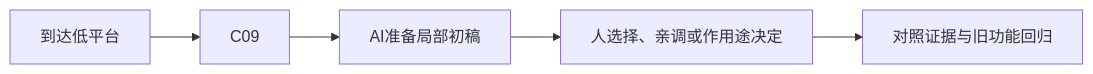
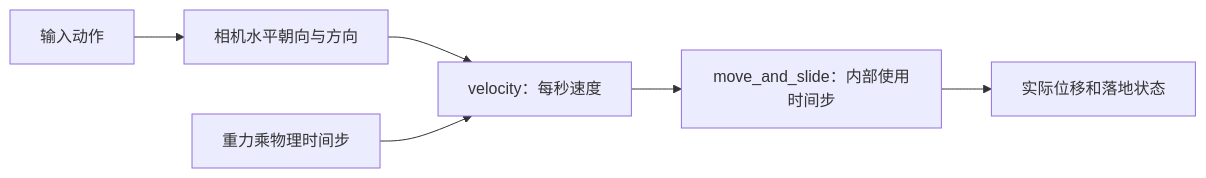
The diagram in curriculum/lessons/B05.md (Zilur/ai-3d-game-learning), drawn with Mermaid before and after one commit. The commit also changed other lines of this file and 164 other files, not shown here.

Commit message:
docs: publish 47 step-by-step AI lesson flows, world upgrade and optional training corner

````diff
--- a/curriculum/lessons/B05.md
+++ b/curriculum/lessons/B05.md
@@ -38,7 +35,8 @@
 ```mermaid
 flowchart LR
-  S["到达低平台"] --> K["C09"]
-  K --> AI["AI准备局部初稿"]
-  AI --> H["人选择、亲调或作用途决定"]
-  H --> V["对照证据与旧功能回归"]
+ I["输入动作"] --> D["相机水平朝向与方向"]
+ D --> V["velocity：每秒速度"]
+ G["重力乘物理时间步"] --> V
+ V --> M["move_and_slide：内部使用时间步"]
+ M --> C["实际位移和落地状态"]
 ```
````
